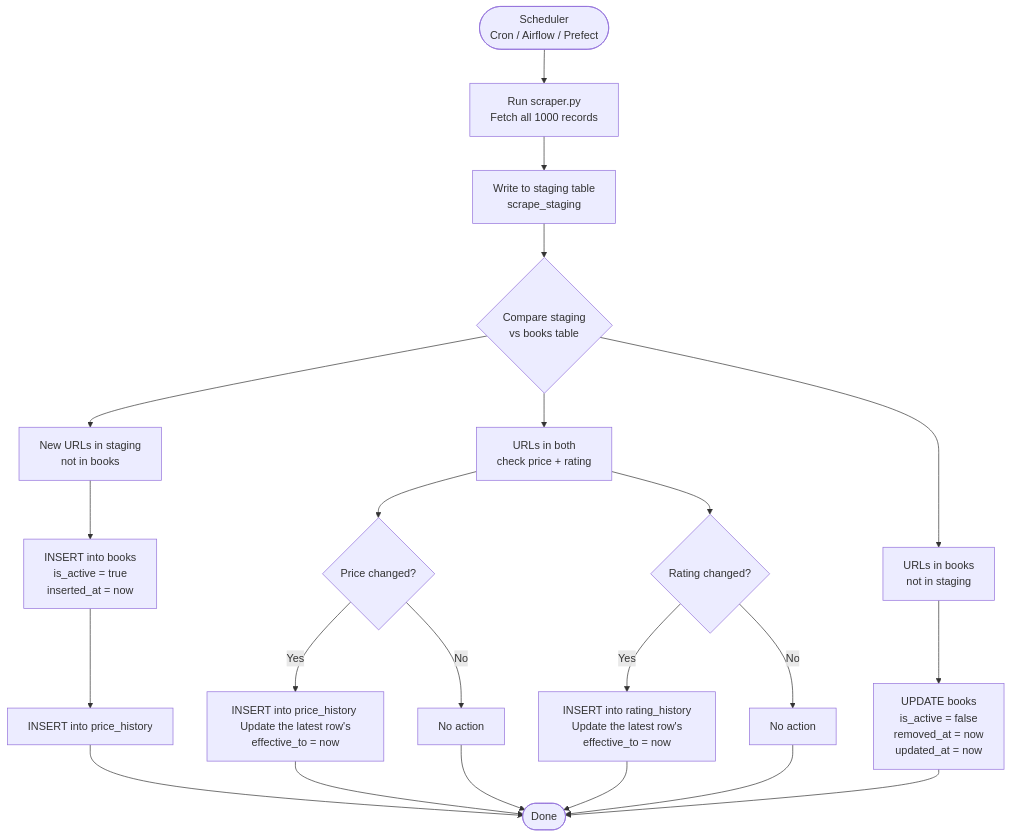
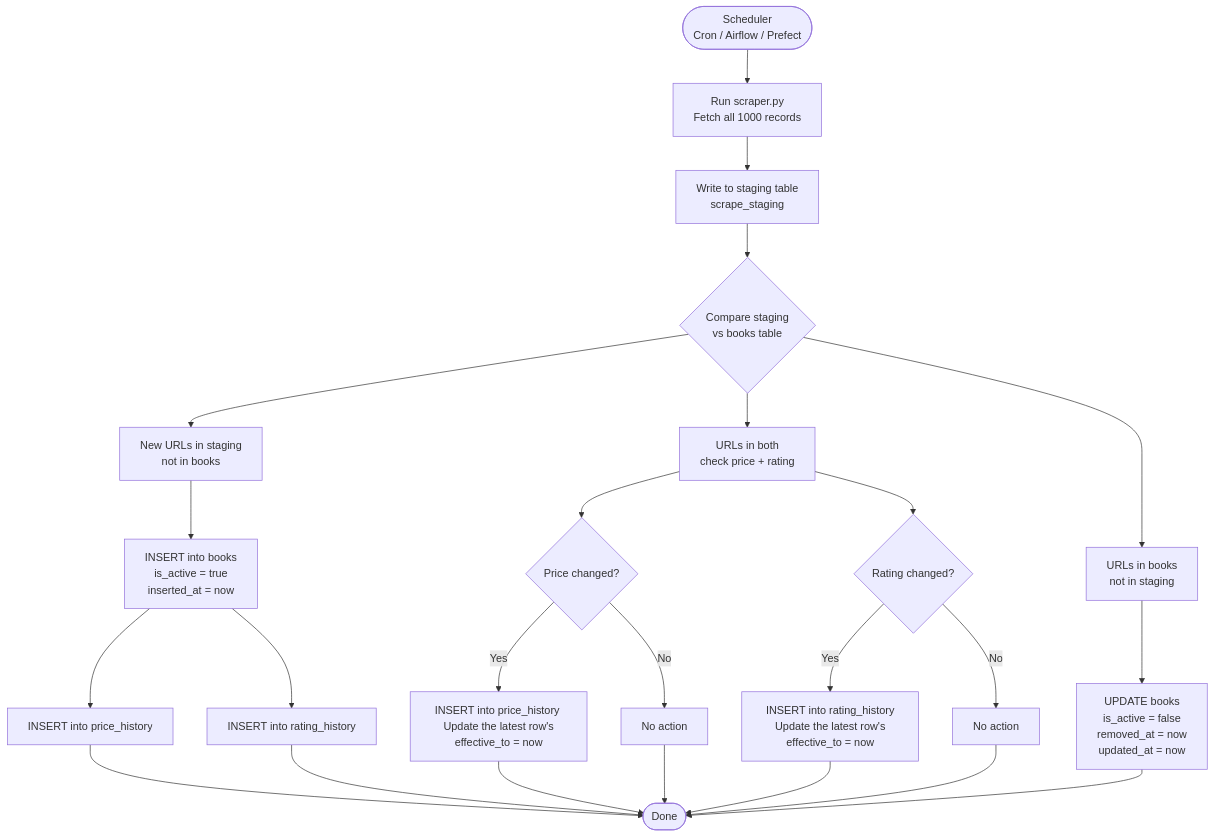
Before and after one commit to dhakalmahima188/Scrapping-Assignment: the diagram in diagram_changes.md, drawn with Mermaid. The commit also changed 1 other file, not shown here.

Commit message:
set rating history in change detection

````diff
--- a/diagram_changes.md
+++ b/diagram_changes.md
@@ -4,26 +4,27 @@
 ```mermaid
 flowchart TD
     A([Scheduler\nCron / Airflow / Prefect]) --> B[Run scraper.py\nFetch all 1000 records]
     B --> C[Write to staging table\nscrape_staging]
 
     C --> D{Compare staging\nvs books table}
 
     D --> E[New URLs in staging\nnot in books]
     D --> F[URLs in both\ncheck price + rating]
     D --> G[URLs in books\nnot in staging]
 
     E --> E1[INSERT into books\nis_active = true\ninserted_at = now]
     E1 --> E2[INSERT into price_history]
+    E1 --> E3[INSERT into rating_history]
 
     F --> F1{Price changed?}
     F1 -->|Yes| F2[INSERT into price_history \n Update the latest row's effective_to = now]
     F1 -->|No| F3[No action]
 
     F --> F4{Rating changed?}
     F4 -->|Yes| F5[INSERT into rating_history\n Update the latest row's effective_to = now]
     F4 -->|No| F6[No action]
 
     G --> G1[UPDATE books\nis_active = false\nremoved_at = now\nupdated_at = now]
 
-    E2 & F2 & F3 & F5 & F6 & G1 --> I([Done])
+    E2 & E3 & F2 & F3 & F5 & F6 & G1 --> I([Done])
 ```
````
